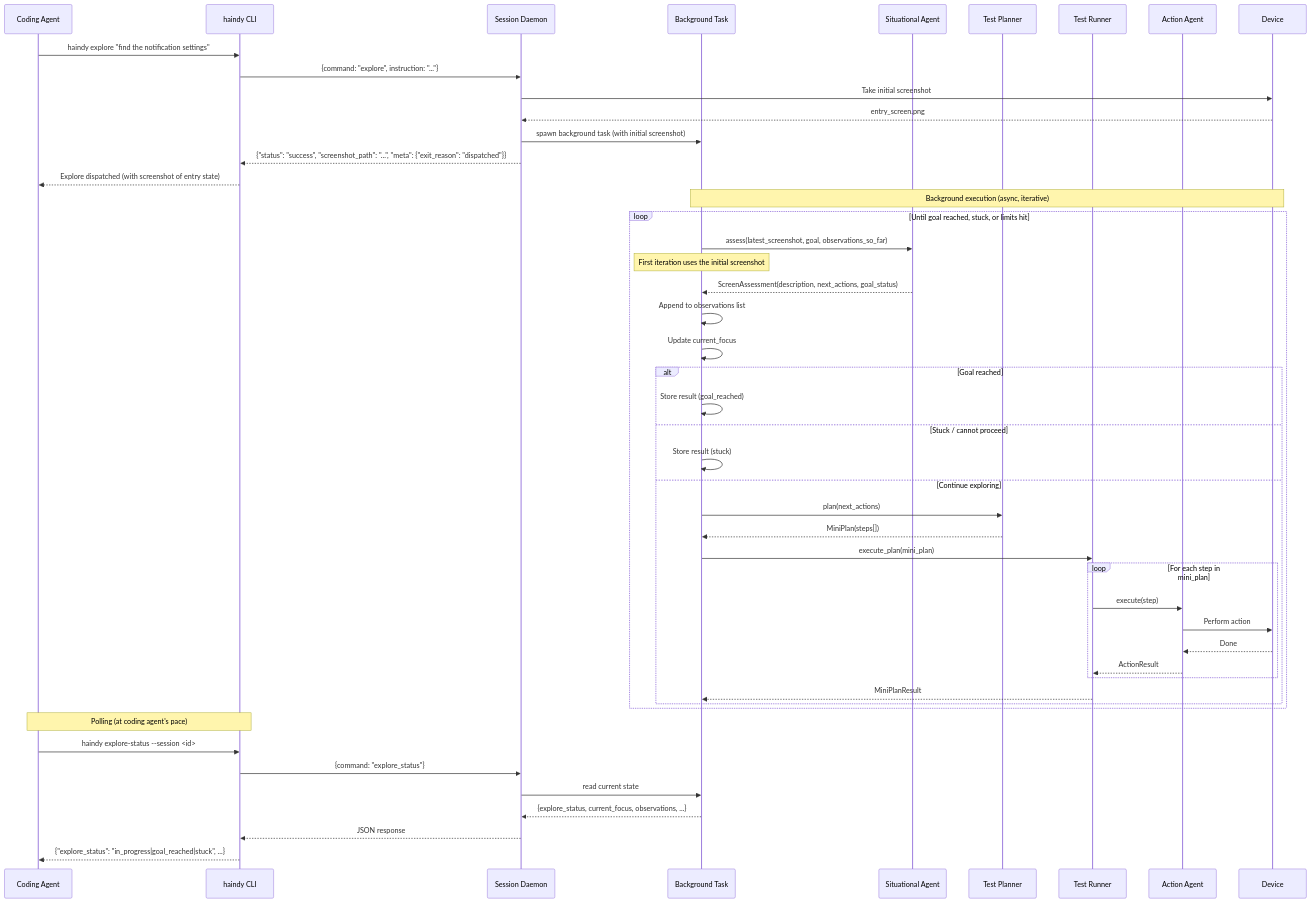
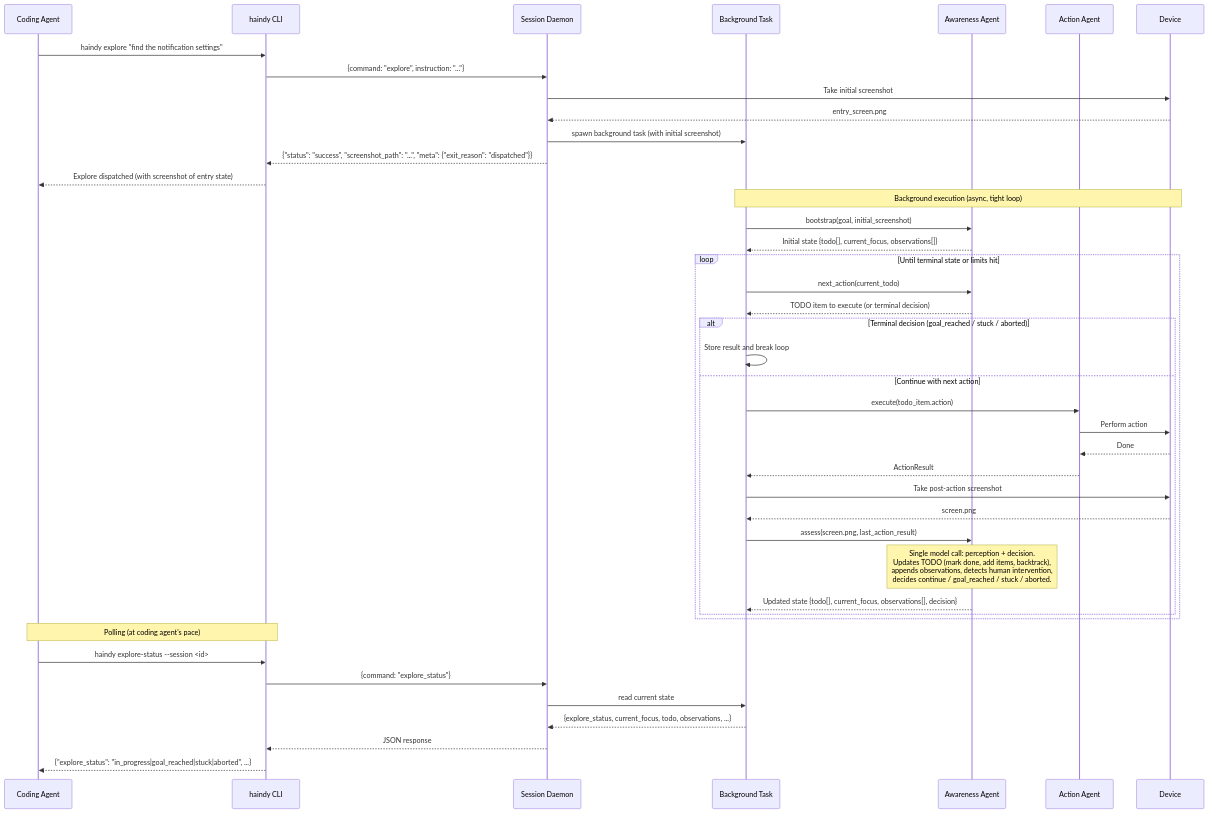
Before and after one commit to Haindy/haindy: the fifth of 5 diagrams in docs/design/tool-call-mode/SESSION_DAEMON.md, drawn with Mermaid. The commit also changed other lines of this file and 3 other files, not shown here.

````diff
--- a/docs/design/tool-call-mode/SESSION_DAEMON.md
+++ b/docs/design/tool-call-mode/SESSION_DAEMON.md
@@ -165,54 +165,49 @@
 ```mermaid
 sequenceDiagram
     participant CA as Coding Agent
     participant CLI as haindy CLI
     participant D as Session Daemon
     participant BG as Background Task
-    participant SIT as Situational Agent
-    participant TP as Test Planner
-    participant TR as Test Runner
+    participant AWA as Awareness Agent
     participant AA as Action Agent
     participant DEV as Device
 
     CA->>CLI: haindy explore "find the notification settings"
     CLI->>D: {command: "explore", instruction: "..."}
     D->>DEV: Take initial screenshot
     DEV-->>D: entry_screen.png
     D->>BG: spawn background task (with initial screenshot)
     D-->>CLI: {"status": "success", "screenshot_path": "...", "meta": {"exit_reason": "dispatched"}}
     CLI-->>CA: Explore dispatched (with screenshot of entry state)
 
-    Note over BG,DEV: Background execution (async, iterative)
-    loop Until goal reached, stuck, or limits hit
-        BG->>SIT: assess(latest_screenshot, goal, observations_so_far)
-        Note over BG: First iteration uses the initial screenshot
-        SIT-->>BG: ScreenAssessment(description, next_actions, goal_status)
-        BG->>BG: Append to observations list
-        BG->>BG: Update current_focus
+    Note over BG,DEV: Background execution (async, tight loop)
+    BG->>AWA: bootstrap(goal, initial_screenshot)
+    AWA-->>BG: Initial state {todo[], current_focus, observations[]}
 
-        alt Goal reached
-            BG->>BG: Store result (goal_reached)
-        else Stuck / cannot proceed
-            BG->>BG: Store result (stuck)
-        else Continue exploring
-            BG->>TP: plan(next_actions)
-            TP-->>BG: MiniPlan(steps[])
-            BG->>TR: execute_plan(mini_plan)
-            loop For each step in mini_plan
-                TR->>AA: execute(step)
-                AA->>DEV: Perform action
-                DEV-->>AA: Done
-                AA-->>TR: ActionResult
-            end
-            TR-->>BG: MiniPlanResult
+    loop Until terminal state or limits hit
+        BG->>AWA: next_action(current_todo)
+        AWA-->>BG: TODO item to execute (or terminal decision)
+
+        alt Terminal decision (goal_reached / stuck / aborted)
+            BG->>BG: Store result and break loop
+        else Continue with next action
+            BG->>AA: execute(todo_item.action)
+            AA->>DEV: Perform action
+            DEV-->>AA: Done
+            AA-->>BG: ActionResult
+            BG->>DEV: Take post-action screenshot
+            DEV-->>BG: screen.png
+            BG->>AWA: assess(screen.png, last_action_result)
+            Note over AWA: Single model call: perception + decision.<br/>Updates TODO (mark done, add items, backtrack),<br/>appends observations, detects human intervention,<br/>decides continue / goal_reached / stuck / aborted.
+            AWA-->>BG: Updated state {todo[], current_focus, observations[], decision}
         end
     end
 
     Note over CA,CLI: Polling (at coding agent's pace)
     CA->>CLI: haindy explore-status --session <id>
     CLI->>D: {command: "explore_status"}
     D->>BG: read current state
-    BG-->>D: {explore_status, current_focus, observations, ...}
+    BG-->>D: {explore_status, current_focus, todo, observations, ...}
     D-->>CLI: JSON response
-    CLI-->>CA: {"explore_status": "in_progress|goal_reached|stuck", ...}
+    CLI-->>CA: {"explore_status": "in_progress|goal_reached|stuck|aborted", ...}
 ```
````
